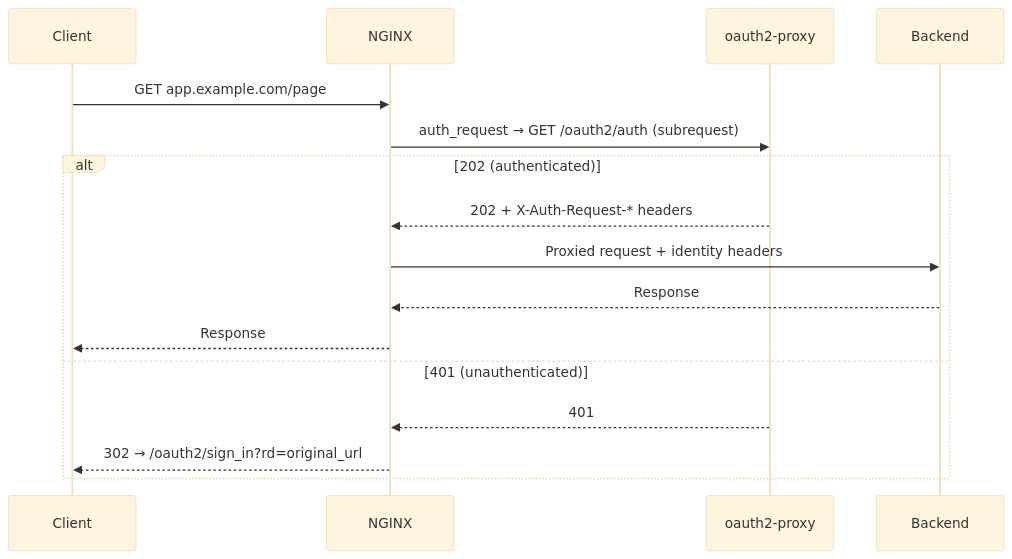
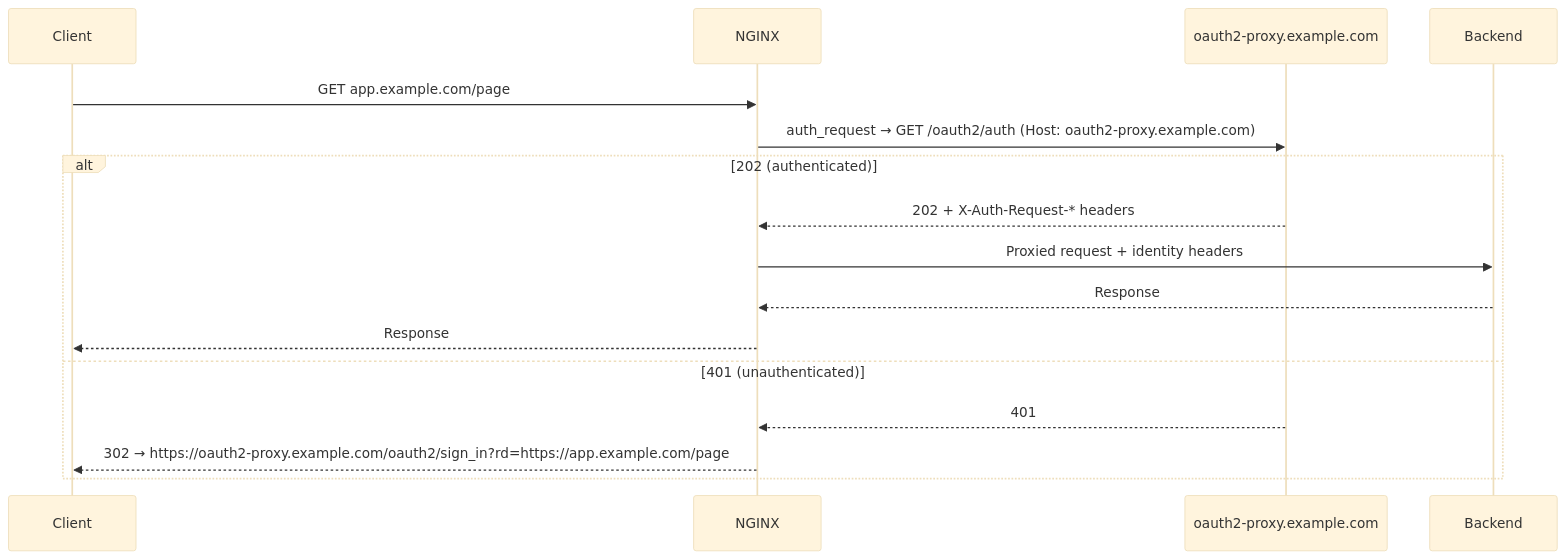
Before and after one commit to mieweb/opensource-server: the second of 2 diagrams in mie-opensource-landing/docs/admins/core-concepts/external-domains.md, drawn with Mermaid (base theme). The commit also changed other lines of this file and 6 other files, not shown here.

First line of the commit message:
oauth2-proxy auth_request: support central auth host on the same LB

````diff
--- a/mie-opensource-landing/docs/admins/core-concepts/external-domains.md
+++ b/mie-opensource-landing/docs/admins/core-concepts/external-domains.md
@@ -147,19 +158,19 @@
 ```mermaid
 sequenceDiagram
     participant Client
     participant NGINX
-    participant OAuth2Proxy as oauth2-proxy
+    participant OAuth2Proxy as oauth2-proxy.example.com
     participant Backend
 
     Client->>NGINX: GET app.example.com/page
-    NGINX->>OAuth2Proxy: auth_request → GET /oauth2/auth (subrequest)
+    NGINX->>OAuth2Proxy: auth_request → GET /oauth2/auth (Host: oauth2-proxy.example.com)
     alt 202 (authenticated)
         OAuth2Proxy-->>NGINX: 202 + X-Auth-Request-* headers
         NGINX->>Backend: Proxied request + identity headers
         Backend-->>NGINX: Response
         NGINX-->>Client: Response
     else 401 (unauthenticated)
         OAuth2Proxy-->>NGINX: 401
-        NGINX-->>Client: 302 → /oauth2/sign_in?rd=original_url
+        NGINX-->>Client: 302 → https://oauth2-proxy.example.com/oauth2/sign_in?rd=https://app.example.com/page
     end
 ```
````
